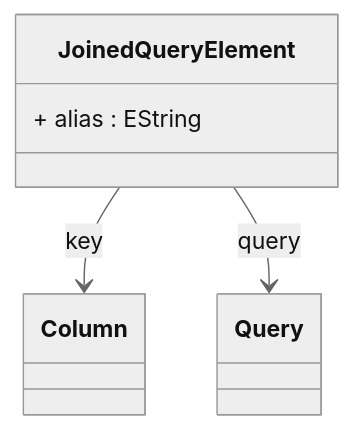
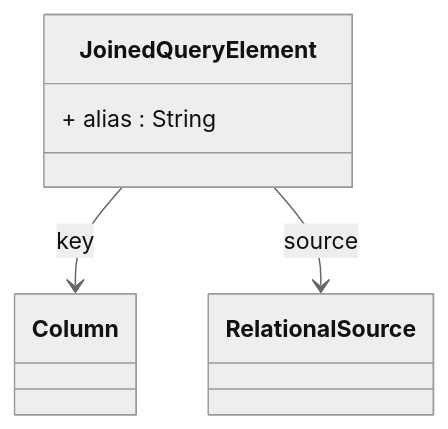
One commit to eclipse-daanse/eclipse-daanse.github.io changed the diagram in docs/cubeserver/model/class-JoinedQueryElement.md. Above: the diagram before and after it, drawn with Mermaid (neutral theme). The commit also changed other lines of this file and 138 other files, not shown here.

````diff
--- a/docs/cubeserver/model/class-JoinedQueryElement.md
+++ b/docs/cubeserver/model/class-JoinedQueryElement.md
@@ -83,11 +85,11 @@
 ```mermaid
 classDiagram
   class JoinedQueryElement {
-    + alias : EString
+    + alias : String
   }
 
 
   JoinedQueryElement --> Column : key
-  JoinedQueryElement --> Query : query
+  JoinedQueryElement --> RelationalSource : source
 
 ```
````
